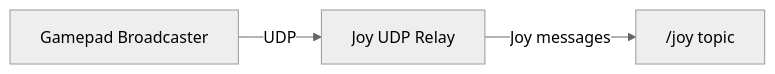
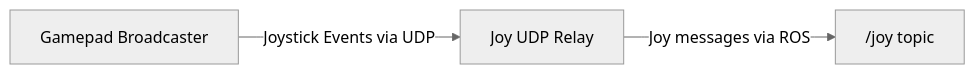
The diagram in README.md (bwt2/gamepad-broadcaster), drawn with Mermaid (neutral theme) before and after one commit. The commit also changed other lines of this file, not shown here.

````diff
--- a/README.md
+++ b/README.md
@@ -6,5 +6,5 @@
 ```mermaid
 flowchart LR
-    gb["Gamepad Broadcaster"] -- "UDP" --> jur["Joy UDP Relay"] 
-    jur -- "Joy messages" --> id["/joy topic"]
+    gb["Gamepad Broadcaster"] -- "Joystick Events via UDP" --> jur["Joy UDP Relay"] 
+    jur -- "Joy messages via ROS" --> id["/joy topic"]
 ```
````
